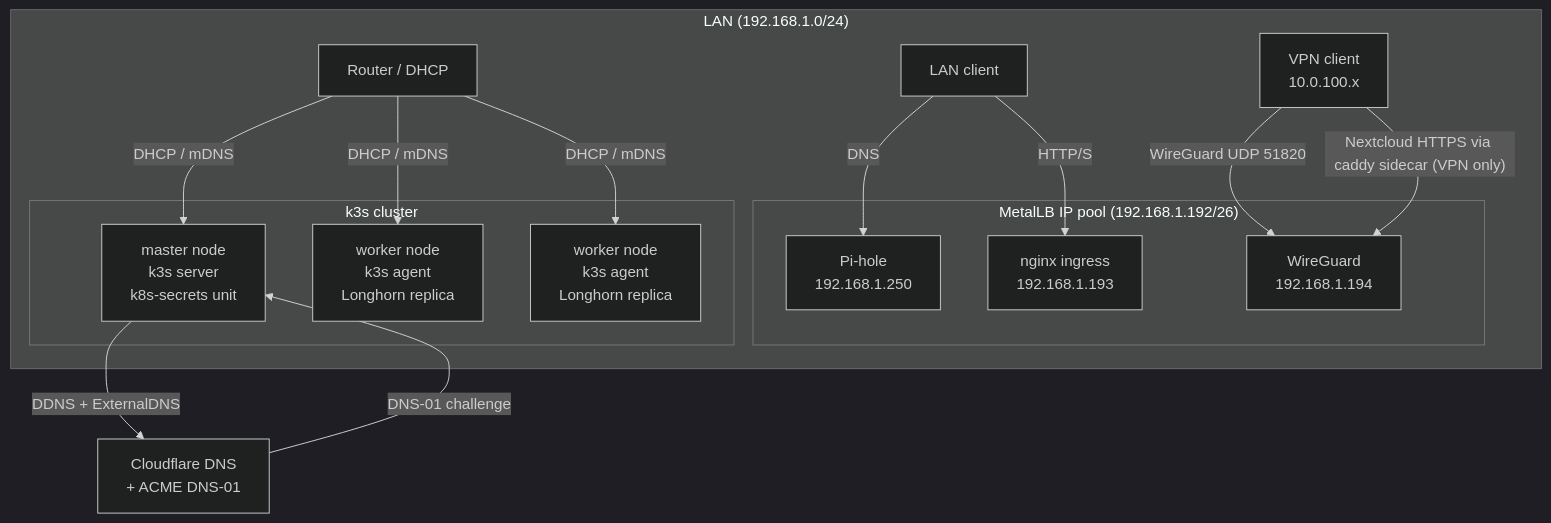
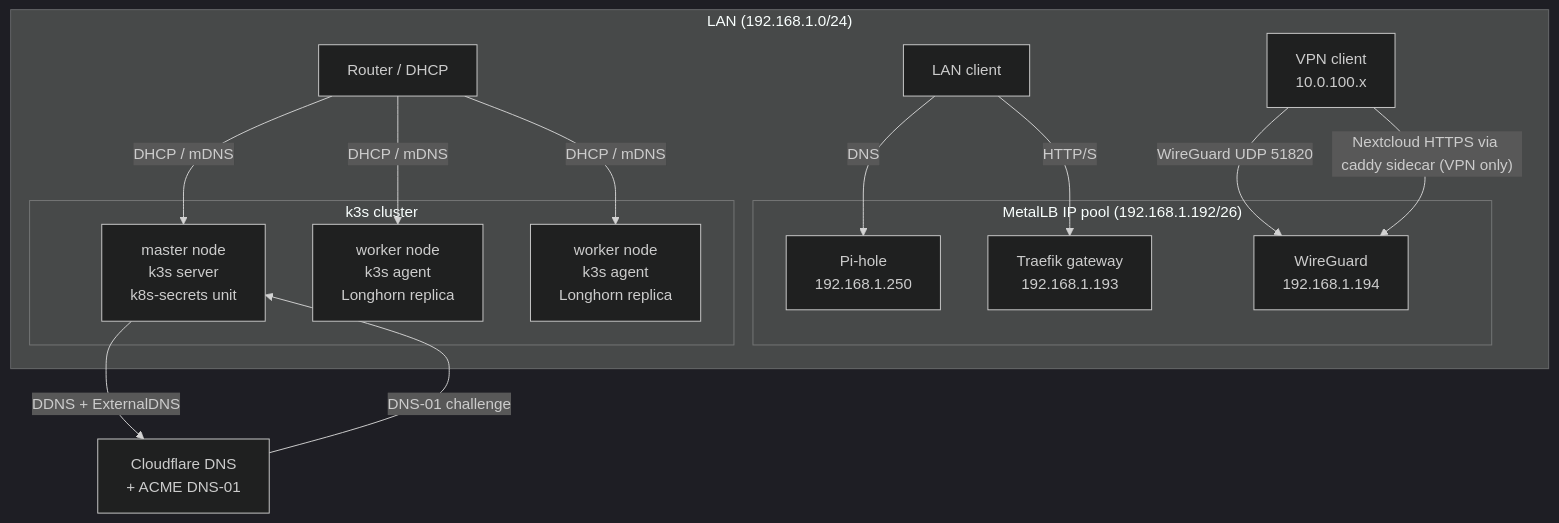
The first of 2 diagrams in docs/architecture.md (thatbagu/nixlab), drawn with Mermaid (dark theme) before and after one commit. The commit also changed other lines of this file and 27 other files, not shown here.

First line of the commit message:
feat!: Traefik on the Gateway API replaces ingress-nginx; Nextcloud off Bitnami

````diff
--- a/docs/architecture.md
+++ b/docs/architecture.md
@@ -7,29 +7,29 @@
 ```mermaid
 graph TD
     subgraph LAN["LAN (192.168.1.0/24)"]
         Router["Router / DHCP"]
         subgraph Cluster["k3s cluster"]
             Master["master node\nk3s server\nk8s-secrets unit"]
             Worker1["worker node\nk3s agent\nLonghorn replica"]
             Worker2["worker node\nk3s agent\nLonghorn replica"]
         end
         subgraph MetalLB["MetalLB IP pool (192.168.1.192/26)"]
             PiholeIP["Pi-hole\n192.168.1.250"]
             WgIP["WireGuard\n192.168.1.194"]
-            NginxIP["nginx ingress\n192.168.1.193"]
+            NginxIP["Traefik gateway\n192.168.1.193"]
         end
         Client["LAN client"]
         VPNClient["VPN client\n10.0.100.x"]
     end
     Cloudflare["Cloudflare DNS\n+ ACME DNS-01"]
 
     Router -->|"DHCP / mDNS"| Master
     Router -->|"DHCP / mDNS"| Worker1
     Router -->|"DHCP / mDNS"| Worker2
     Client -->|"DNS"| PiholeIP
     Client -->|"HTTP/S"| NginxIP
     VPNClient -->|"WireGuard UDP 51820"| WgIP
     VPNClient -->|"Nextcloud HTTPS via caddy sidecar (VPN only)"| WgIP
     Master -->|"DDNS + ExternalDNS"| Cloudflare
     Cloudflare -->|"DNS-01 challenge"| Master
 ```
````
